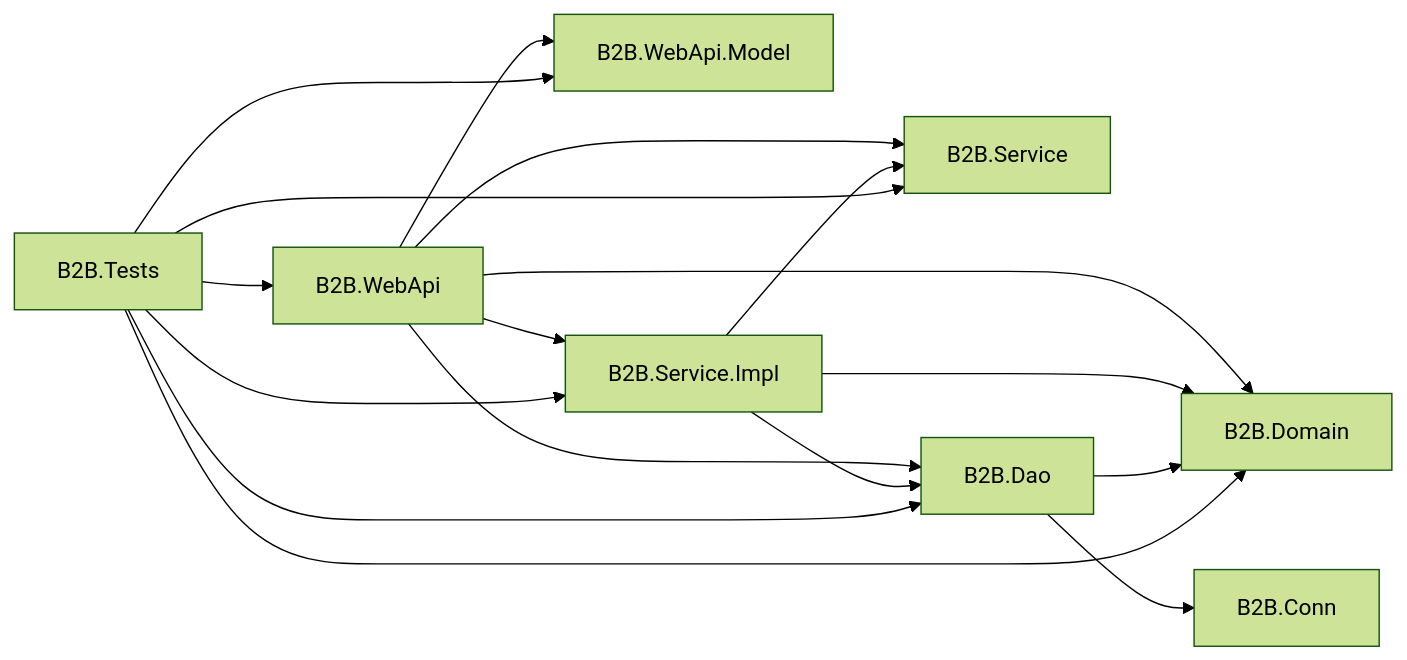
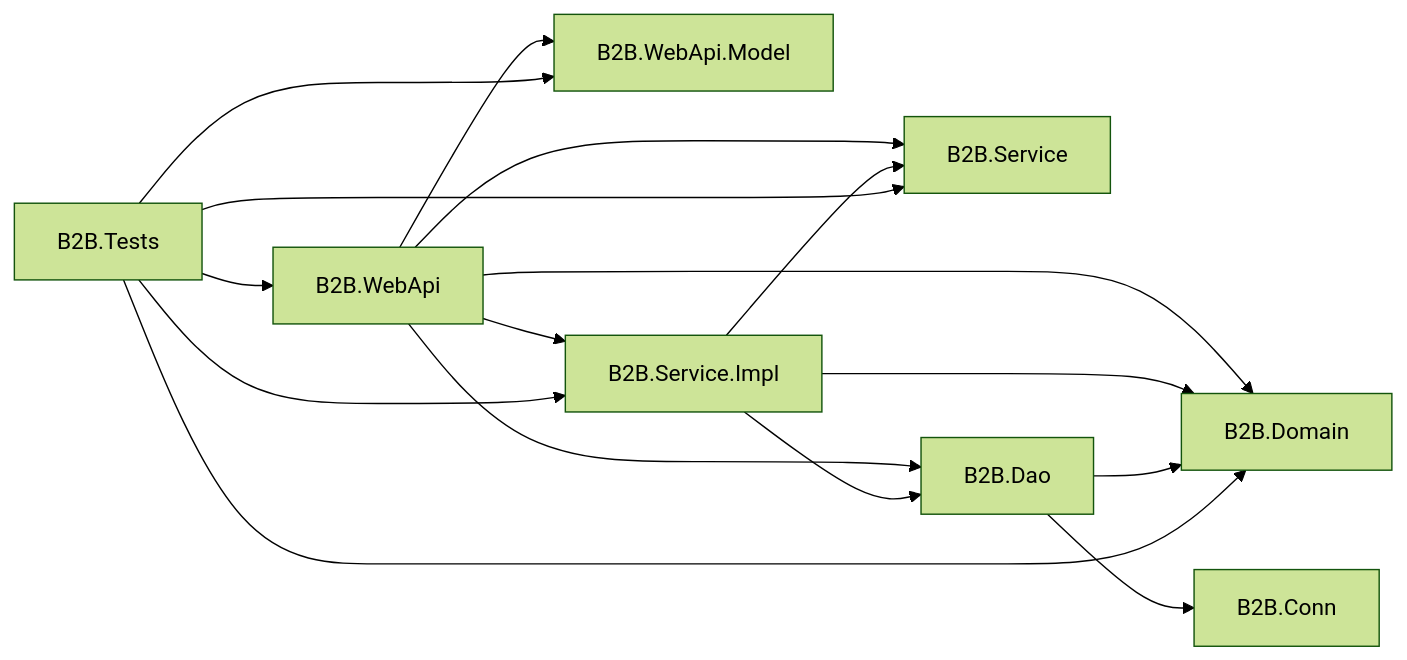
The second of 20 diagrams in README.md (rexmax1018/B2B_API), drawn with Mermaid (forest theme) before and after one commit. The commit also changed other lines of this file and 44 other files, not shown here.

````diff
--- a/README.md
+++ b/README.md
@@ -58,31 +58,29 @@
 ```mermaid
 flowchart LR
     WebApi["B2B.WebApi"]
     WebApiModel["B2B.WebApi.Model"]
     Service["B2B.Service"]
     ServiceImpl["B2B.Service.Impl"]
     Domain["B2B.Domain"]
     Dao["B2B.Dao"]
     Conn["B2B.Conn"]
     Tests["B2B.Tests"]
 
     WebApi --> WebApiModel
     WebApi --> Service
     WebApi --> ServiceImpl
     WebApi --> Dao
     WebApi --> Domain
 
     ServiceImpl --> Service
     ServiceImpl --> Domain
     ServiceImpl --> Dao
-
     Dao --> Domain
     Dao --> Conn
 
     Tests --> WebApi
     Tests --> WebApiModel
     Tests --> Service
     Tests --> ServiceImpl
-    Tests --> Dao
     Tests --> Domain
 ```
````
